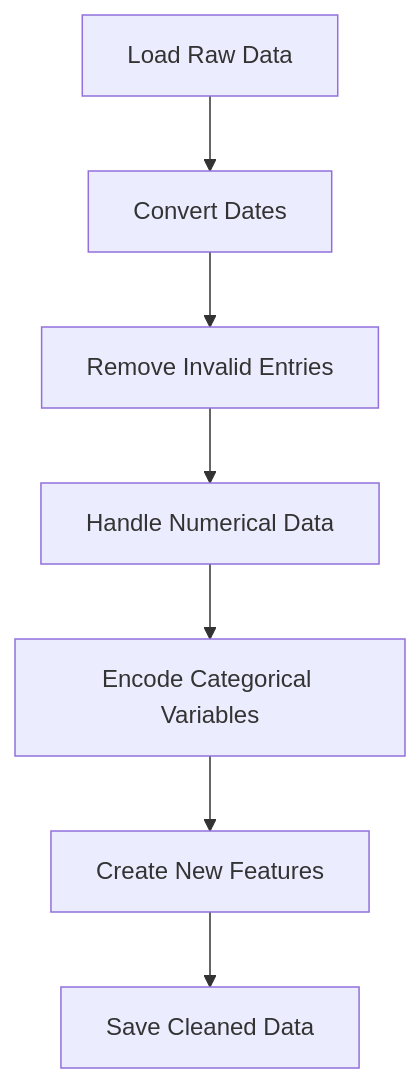
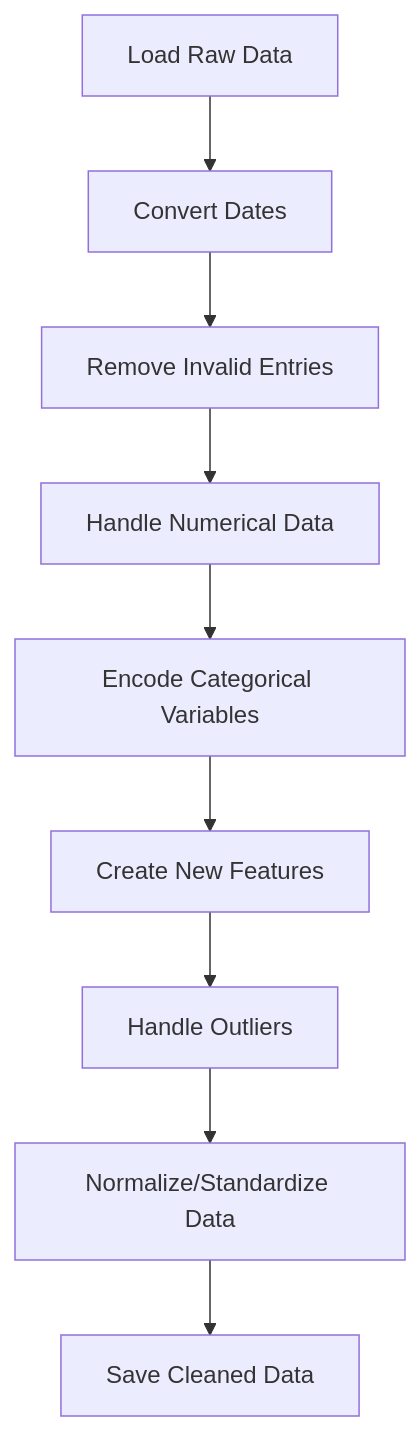
Before and after one commit to CLoaKY233/NeuralNetworks: the diagram in Readme.md, drawn with Mermaid. The commit also changed other lines of this file and 1 other file, not shown here.

````diff
--- a/Readme.md
+++ b/Readme.md
@@ -32,9 +52,11 @@
 ```mermaid
 graph TD
     A[Load Raw Data] --> B[Convert Dates]
     B --> C[Remove Invalid Entries]
     C --> D[Handle Numerical Data]
     D --> E[Encode Categorical Variables]
     E --> F[Create New Features]
-    F --> G[Save Cleaned Data]
+    F --> G[Handle Outliers]
+    G --> H[Normalize/Standardize Data]
+    H --> I[Save Cleaned Data]
 ```
````
